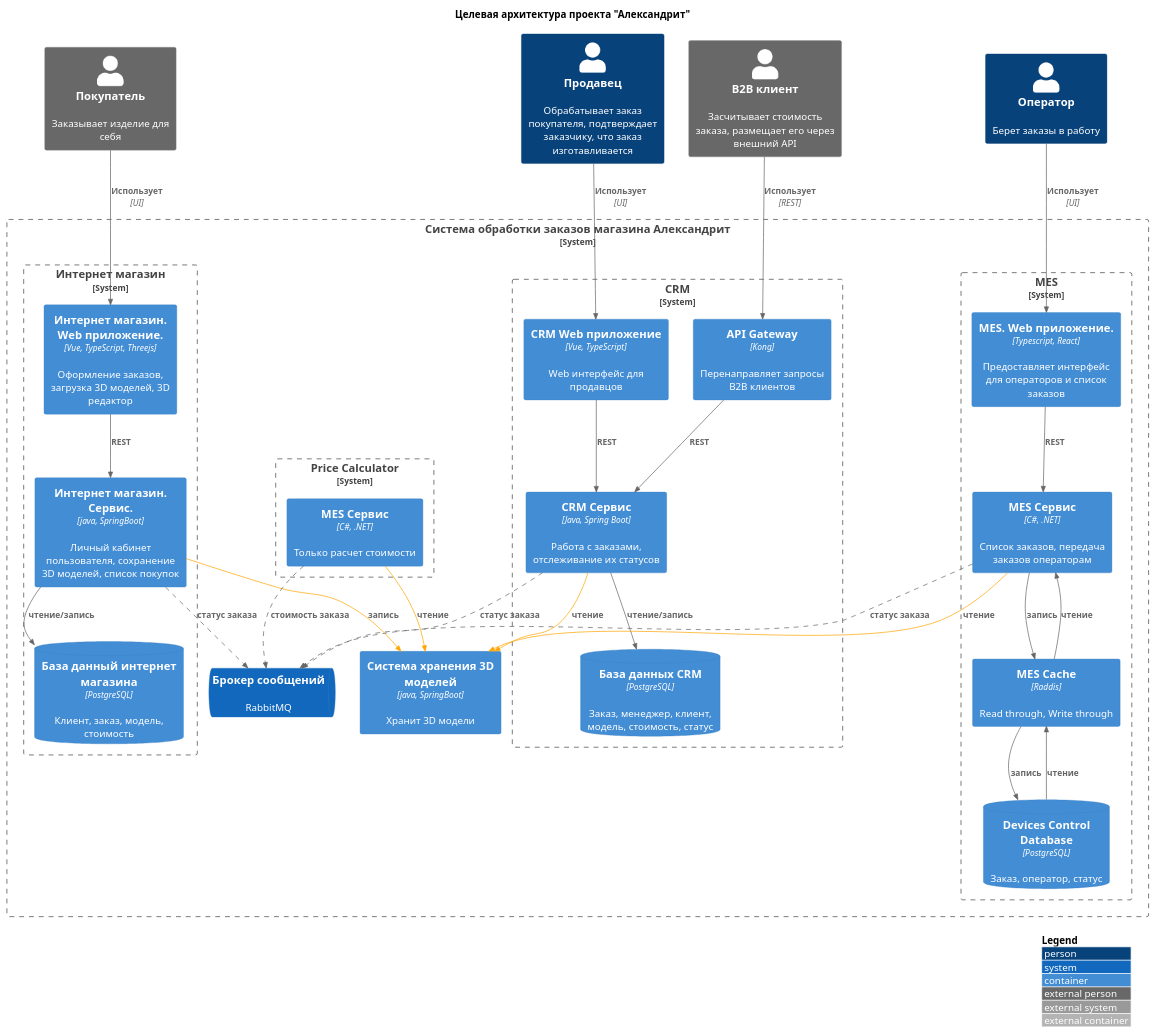
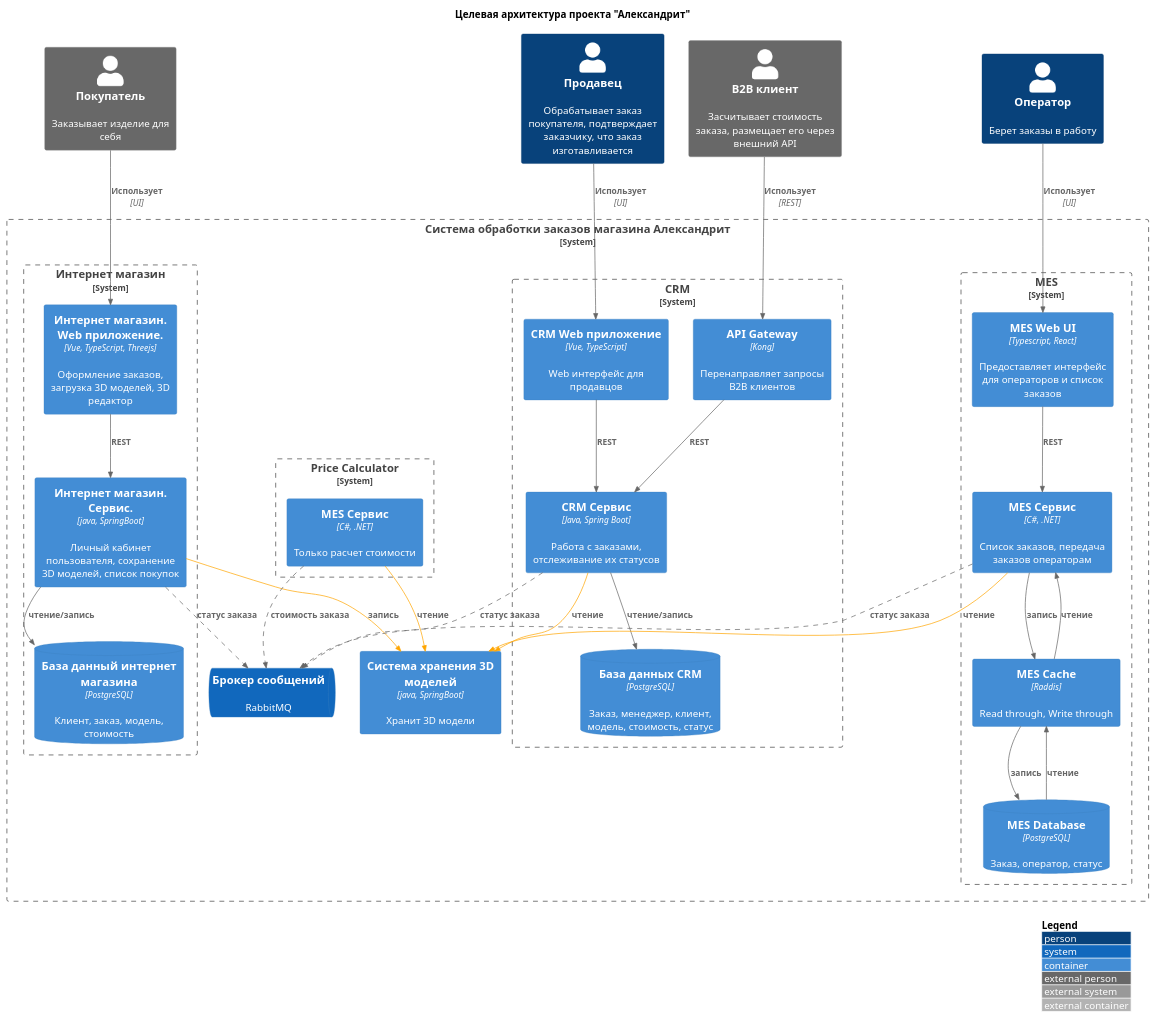
The diagram in Exc1/ TargetArchitecture.puml (aleksey-bardanov/architecture-sprint-4), drawn with PlantUML before and after one commit. The commit also changed 3 other files, not shown here.

```diff
--- a/Exc1/ TargetArchitecture.puml
+++ b/Exc1/ TargetArchitecture.puml
@@ -1,73 +1,73 @@
 @startuml
 !include https://raw.githubusercontent.com/plantuml-stdlib/C4-PlantUML/master/C4_Container.puml
 
 title Целевая архитектура проекта "Александрит"
 
 AddRelTag("brocker_message", $lineStyle = DashedLine())
 AddRelTag("3d_models", $lineColor = "Orange")
 
 LAYOUT_WITH_LEGEND()
 
 Person_Ext(customer, "Покупатель", "Заказывает изделие для себя")
 Person(seller, "Продавец", "Обрабатывает заказ покупателя, подтверждает заказчику, что заказ изготавливается")
 Person_Ext(api_user, "B2B клиент", "Засчитывает стоимость заказа, размещает его через внешний API")
 Person(operator, "Оператор", "Берет заказы в работу")
 
 System_Boundary(jewerly_store, "Система обработки заказов магазина Александрит") {
     System_Boundary(mes, "MES") {
-        Container(mes_fe, "MES. Web приложение.", "Typescript, React", "Предоставляет интерфейс для операторов и список заказов")
+        Container(mes_fe, "MES Web UI", "Typescript, React", "Предоставляет интерфейс для операторов и список заказов")
         Container(mes_be_manufactory, "MES Сервис", "C#, .NET", "Список заказов, передача заказов операторам")
         Container(mes_cache, "MES Cache", "Raddis", "Read through, Write through")
-        ContainerDb(mes_db, "Devices Control Database", "PostgreSQL", "Заказ, оператор, статус")
+        ContainerDb(mes_db, "MES Database", "PostgreSQL", "Заказ, оператор, статус")
     }
 
     Container(3d_files_storage, "Система хранения 3D моделей", "java, SpringBoot", "Хранит 3D модели")
 
     System_Boundary(crm, "CRM") {
         Container(crm_fe, "CRM Web приложение", "Vue, TypeScript", "Web интерфейс для продавцов")
         Container(api_gateway, "API Gateway", "Kong", "Перенаправляет запросы  B2B клиентов")
         Container(crm_be, "CRM Сервис", "Java, Spring Boot", "Работа с заказами, отслеживание их статусов")
         ContainerDb(crm_db, "База данных CRM", "PostgreSQL", "Заказ, менеджер, клиент, модель, стоимость, статус")
     }
 
     System_Boundary(price_calculator, "Price Calculator") {
         Container(mes_be_price, "MES Сервис", "C#, .NET", "Только расчет стоимости")
     }
     
     System_Boundary(shop, "Интернет магазин") {
         Container(shop_fe, "Интернет магазин. Web приложение.", "Vue, TypeScript, Threejs", "Оформление заказов, загрузка 3D моделей, 3D редактор")
         Container(shop_be, "Интернет магазин. Сервис.", "java, SpringBoot", "Личный кабинет пользователя, сохранение 3D моделей, список покупок")
         ContainerDb(shop_db, "База данный интернет магазина", "PostgreSQL", "Клиент, заказ, модель, стоимость")
     }
     
     SystemQueue(message_brocker, "Брокер сообщений", "RabbitMQ")
 }
 
 Rel(customer, shop_fe, "Использует", "UI")
 Rel(seller, crm_fe, "Использует", "UI")
 Rel(api_user, api_gateway, "Использует", "REST")
 Rel(operator, mes_fe, "Использует", "UI")
 
 Rel(shop_fe, shop_be, "REST")
 Rel(crm_fe, crm_be, "REST")
 Rel(api_gateway, crm_be, "REST")
 Rel(mes_fe, mes_be_manufactory, "REST")
 
 Rel(shop_be, shop_db, "чтение/запись")
 Rel(crm_be, crm_db, "чтение/запись")
 Rel(mes_be_manufactory, mes_cache, "запись")
 Rel(mes_cache, mes_be_manufactory, "чтение")
 Rel(mes_cache, mes_db, "запись")
 Rel(mes_db, mes_cache, "чтение")
 
 Rel(shop_be, 3d_files_storage, "запись", $tags="3d_models")
 Rel(crm_be, 3d_files_storage, "чтение", $tags="3d_models")
 Rel(mes_be_manufactory, 3d_files_storage, "чтение", $tags="3d_models")
 Rel(mes_be_price, 3d_files_storage, "чтение", $tags="3d_models")
 
 Rel(shop_be, message_brocker, "статус заказа", $tags="brocker_message")
 Rel(crm_be, message_brocker, "статус заказа", $tags="brocker_message")
 Rel(mes_be_manufactory, message_brocker, "статус заказа", $tags="brocker_message")
 Rel(mes_be_price, message_brocker, "стоимость заказа", $tags="brocker_message")
 
 @enduml
```
